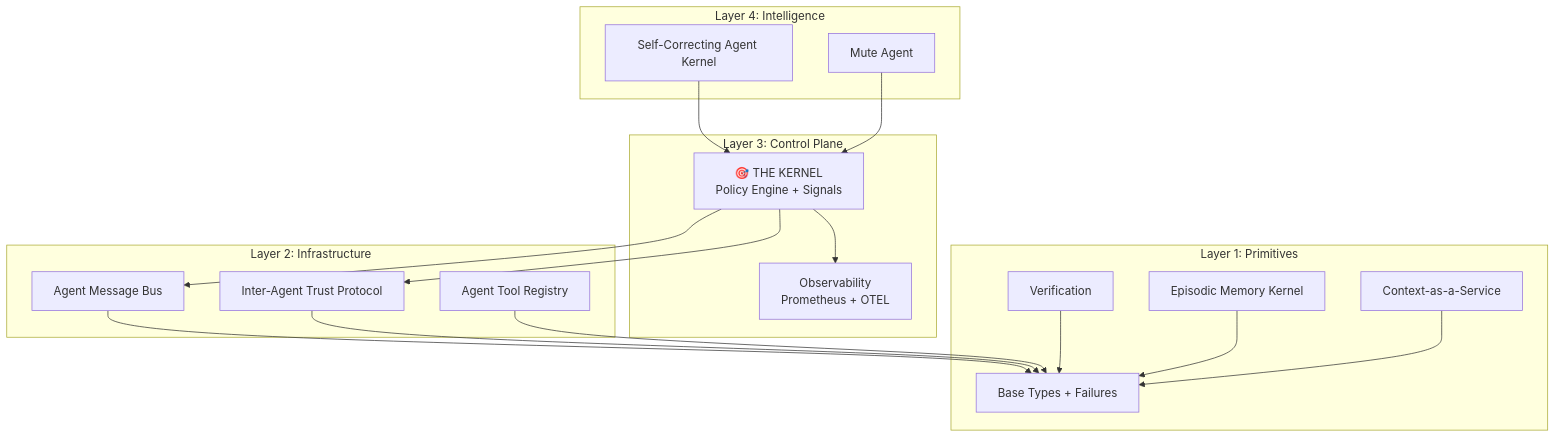
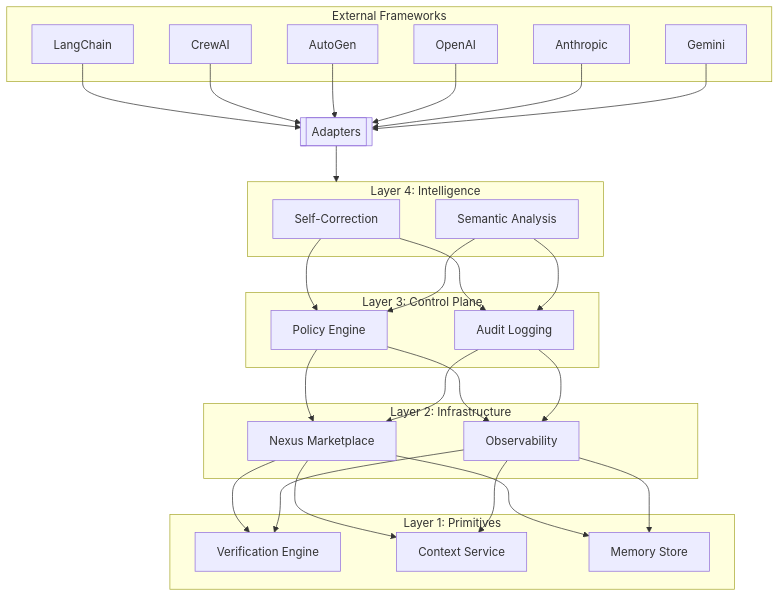
One commit to dylanyunlon/operatorRL changed the diagram in README.md. Above: the diagram before and after it, drawn with Mermaid.

Commit message:
docs: add Mermaid architecture diagram to README
Closes #273

````diff
--- a/README.md
+++ b/README.md
@@ -295,37 +295,44 @@
 ```mermaid
 graph TB
-    subgraph "Layer 4: Intelligence"
-        SCAK[Self-Correcting Agent Kernel]
-        MUTE[Mute Agent]
+    subgraph Frameworks["External Frameworks"]
+        LC[LangChain]
+        CA[CrewAI]
+        AG[AutoGen]
+        OA[OpenAI]
+        AN[Anthropic]
+        GE[Gemini]
     end
-    
-    subgraph "Layer 3: Control Plane"
-        KERNEL[🎯 THE KERNEL<br/>Policy Engine + Signals]
-        OBS[Observability<br/>Prometheus + OTEL]
+
+    ADAPT[[Adapters]]
+
+    subgraph L4["Layer 4: Intelligence"]
+        SC[Self-Correction]
+        SA[Semantic Analysis]
     end
-    
-    subgraph "Layer 2: Infrastructure"
-        AMB[Agent Message Bus]
-        IATP[Inter-Agent Trust Protocol]
-        ATR[Agent Tool Registry]
+
+    subgraph L3["Layer 3: Control Plane"]
+        PE[Policy Engine]
+        AL[Audit Logging]
     end
-    
-    subgraph "Layer 1: Primitives"
-        PRIM[Base Types + Failures]
-        CMVK[Verification]
-        CAAS[Context-as-a-Service]
-        EMK[Episodic Memory Kernel]
+
+    subgraph L2["Layer 2: Infrastructure"]
+        NM[Nexus Marketplace]
+        OB[Observability]
     end
-    
-    SCAK --> KERNEL
-    MUTE --> KERNEL
-    KERNEL --> AMB
-    KERNEL --> IATP
-    KERNEL --> OBS
-    AMB --> PRIM
-    IATP --> PRIM
-    ATR --> PRIM
-    CMVK --> PRIM
-    EMK --> PRIM
-    CAAS --> PRIM
+
+    subgraph L1["Layer 1: Primitives"]
+        VE[Verification Engine]
+        CS[Context Service]
+        MS[Memory Store]
+    end
+
+    LC & CA & AG & OA & AN & GE --> ADAPT
+    ADAPT --> L4
+    SC & SA --> PE
+    SC & SA --> AL
+    PE & AL --> NM
+    PE & AL --> OB
+    NM & OB --> VE
+    NM & OB --> CS
+    NM & OB --> MS
 ```
````
